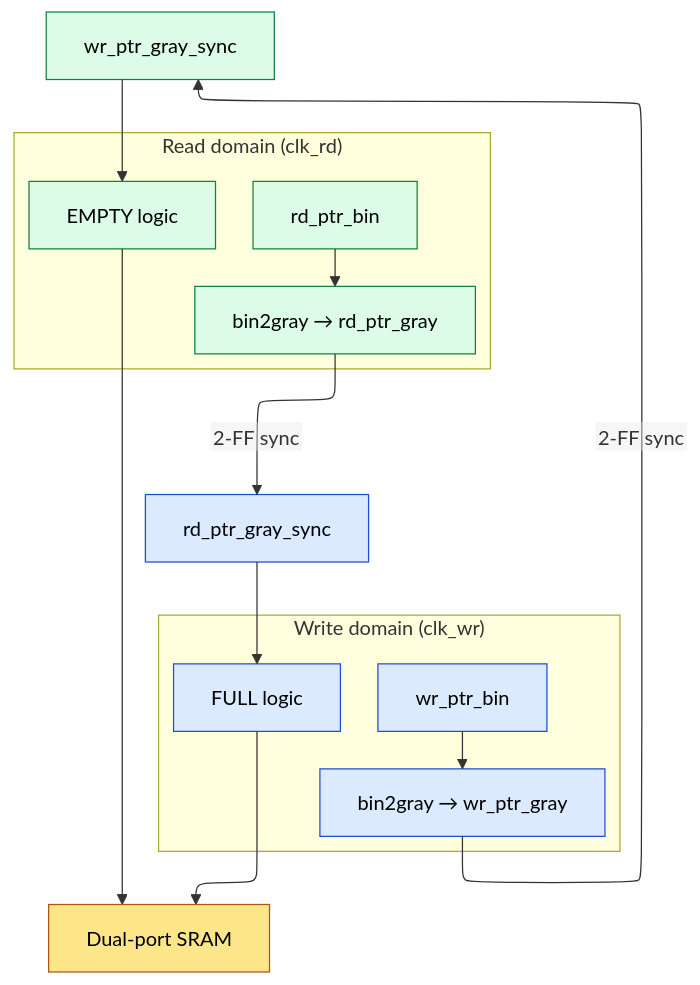
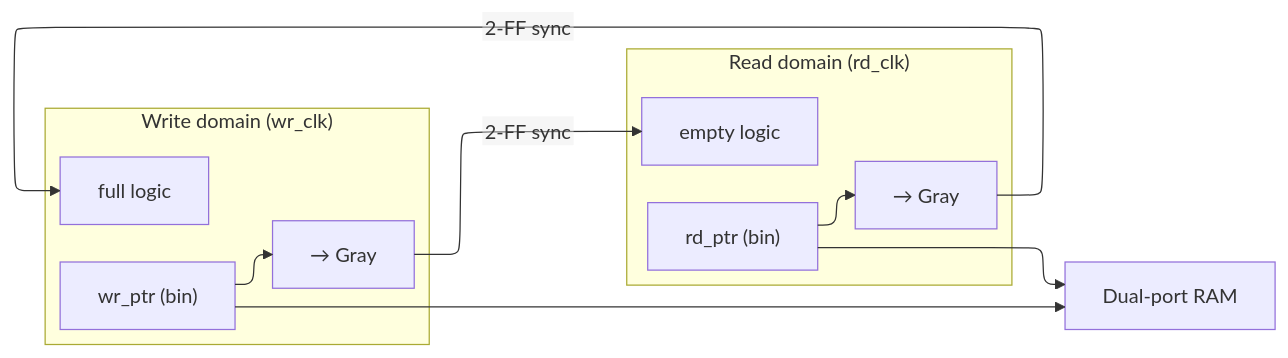
Before and after one commit to Wty2003328/silicon-design-notebook: the diagram in 03_Frontend_RTL_and_Verification/06_Async_Design_and_CDC.md, drawn with Mermaid. The commit also changed other lines of this file and 22 other files, not shown here.

Commit message:
Concept-first hard rework complete: all 48 architecture/design pages (trimmed signal dumps; added trade-off analysis + theoretical depth)

````diff
--- a/03_Frontend_RTL_and_Verification/06_Async_Design_and_CDC.md
+++ b/03_Frontend_RTL_and_Verification/06_Async_Design_and_CDC.md
@@ -664,22 +178,17 @@
 ```mermaid
-%%{init: {"flowchart": {"defaultRenderer": "elk", "nodeSpacing": 60, "rankSpacing": 60, "htmlLabels": false}}}%%
-flowchart TB
-    subgraph wr["Write domain (clk_wr)"]
-        WB["wr_ptr_bin"] --> WG["bin2gray → wr_ptr_gray"]
-        WF["FULL logic"]
+%%{init: {"flowchart": {"defaultRenderer": "elk", "nodeSpacing": 55, "rankSpacing": 55, "htmlLabels": false}}}%%
+flowchart LR
+    subgraph WR["Write domain (wr_clk)"]
+        WP["wr_ptr (bin)"] --> WG["→ Gray"]
+        WF["full logic"]
     end
-    subgraph rd["Read domain (clk_rd)"]
-        RB["rd_ptr_bin"] --> RG["bin2gray → rd_ptr_gray"]
-        RE["EMPTY logic"]
+    subgraph RD["Read domain (rd_clk)"]
+        RP["rd_ptr (bin)"] --> RG["→ Gray"]
+        RE["empty logic"]
     end
-    WG -->|2-FF sync| RGS["wr_ptr_gray_sync"] --> RE
-    RG -->|2-FF sync| WGS["rd_ptr_gray_sync"] --> WF
-    WF --> RAM["Dual-port SRAM"]
-    RE --> RAM
-    classDef w fill:#dbeafe,stroke:#1d4ed8,color:#000
-    classDef r fill:#dcfce7,stroke:#15803d,color:#000
-    classDef m fill:#fde68a,stroke:#b45309,color:#000
-    class WB,WG,WF,WGS w
-    class RB,RG,RE,RGS r
-    class RAM m
+    RAM["Dual-port RAM"]
+    WG -->|2-FF sync| RE
+    RG -->|2-FF sync| WF
+    WP --> RAM
+    RP --> RAM
 ```
````
